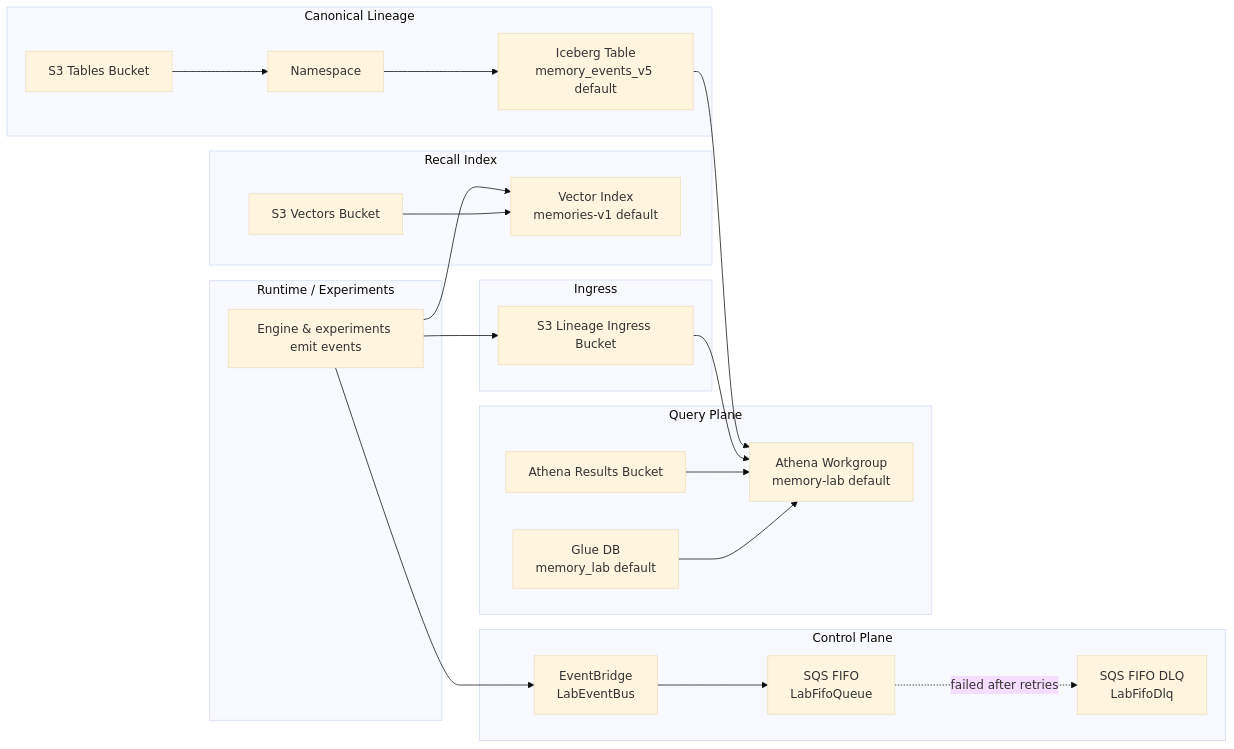
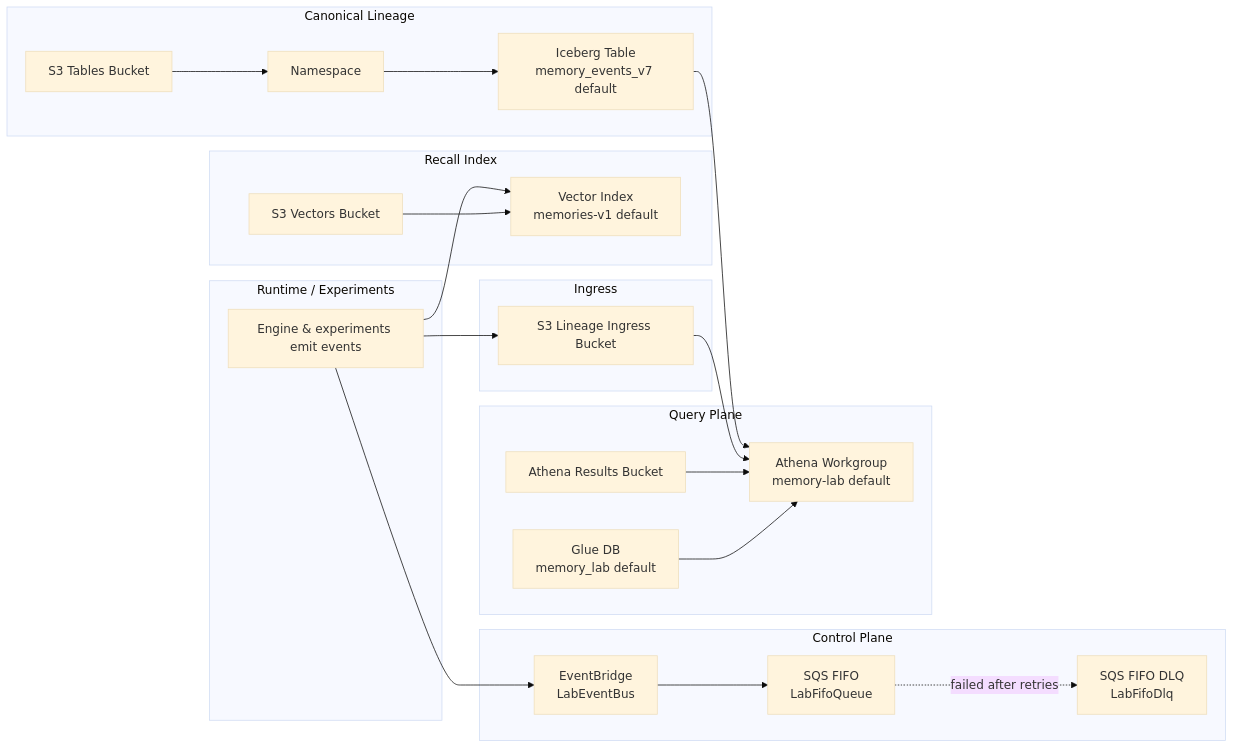
One commit to stack-research/memory changed the diagram in stacks/README.md. Above: the diagram before and after it, drawn with Mermaid (base theme). The commit also changed other lines of this file and 18 other files, not shown here.

````diff
--- a/stacks/README.md
+++ b/stacks/README.md
@@ -130,46 +131,46 @@
 ```mermaid
 flowchart LR
     subgraph Producers[Runtime / Experiments]
       P[Engine & experiments emit events]
     end
 
     subgraph ControlPlane[Control Plane]
       EB[EventBridge\nLabEventBus]
       Q[SQS FIFO\nLabFifoQueue]
       DLQ[SQS FIFO DLQ\nLabFifoDlq]
       EB --> Q
       Q -. failed after retries .-> DLQ
     end
 
     subgraph Ingress[Ingress]
       IB[S3 Lineage Ingress Bucket]
     end
 
     subgraph Canonical[Canonical Lineage]
       TB[S3 Tables Bucket]
       NS[Namespace]
-      LT[Iceberg Table\nmemory_events_v5 default]
+      LT[Iceberg Table\nmemory_events_v7 default]
       TB --> NS --> LT
     end
 
     subgraph Recall[Recall Index]
       VB[S3 Vectors Bucket]
       VI[Vector Index\nmemories-v1 default]
       VB --> VI
     end
 
     subgraph Query[Query Plane]
       GDB[Glue DB\nmemory_lab default]
       ARB[Athena Results Bucket]
       WG[Athena Workgroup\nmemory-lab default]
       GDB --> WG
       ARB --> WG
     end
 
     P --> IB
     P --> EB
     P --> VI
 
     IB --> WG
     LT --> WG
 ```
````
